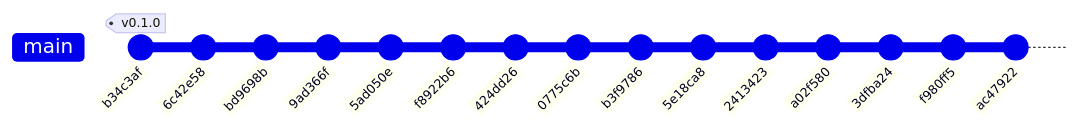
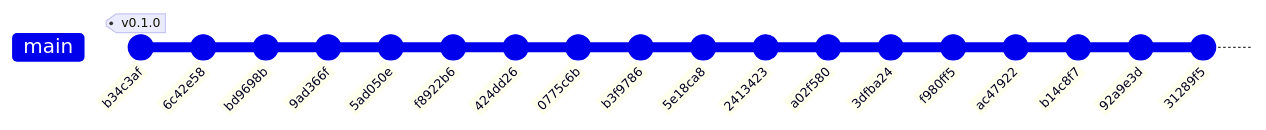
The diagram in docs/03-implementation/repo-history.md (jeremialcala/ves-market-watch), drawn with Mermaid before and after one commit. The commit also changed other lines of this file and 4 other files, not shown here.

````diff
--- a/docs/03-implementation/repo-history.md
+++ b/docs/03-implementation/repo-history.md
@@ -20,18 +20,21 @@
 ```mermaid
 gitGraph
     commit id: "b34c3af" tag: "v0.1.0"
     commit id: "6c42e58"
     commit id: "bd9698b"
     commit id: "9ad366f"
     commit id: "5ad050e"
     commit id: "f8922b6"
     commit id: "424dd26"
     commit id: "0775c6b"
     commit id: "b3f9786"
     commit id: "5e18ca8"
     commit id: "2413423"
     commit id: "a02f580"
     commit id: "3dfba24"
     commit id: "f980ff5"
     commit id: "ac47922"
+    commit id: "b14c8f7"
+    commit id: "92a9e3d"
+    commit id: "31289f5"
 ```
````
